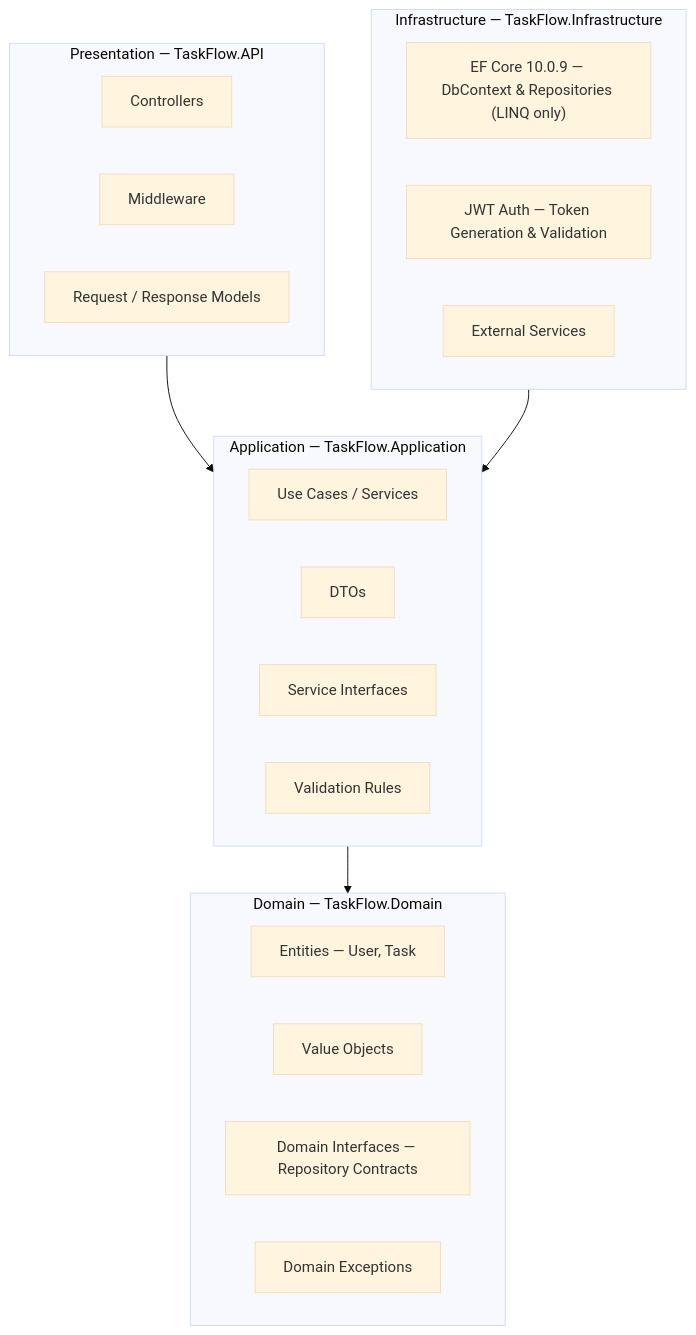
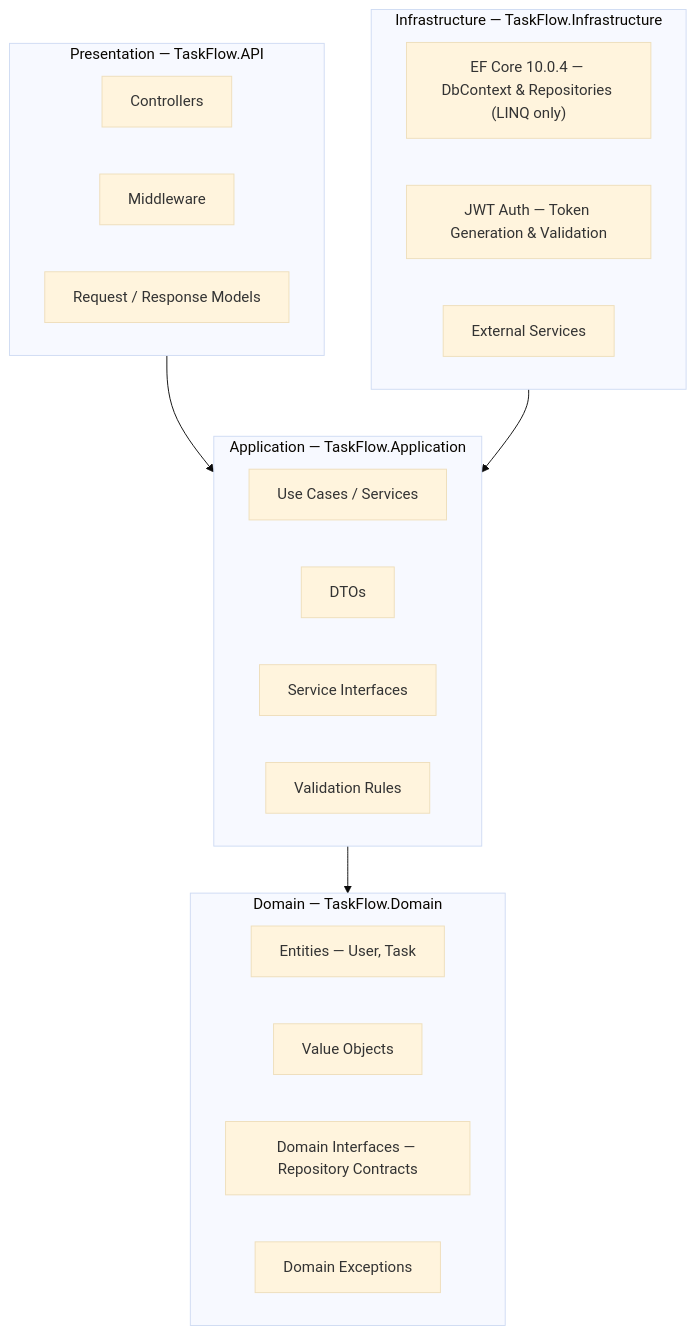
The first of 6 diagrams in docs/architecture/clean-architecture.md (virgenherrera/Ballast-Lane-code_challenge), drawn with Mermaid (base theme) before and after one commit. The commit also changed 55 other files, not shown here.

````diff
--- a/docs/architecture/clean-architecture.md
+++ b/docs/architecture/clean-architecture.md
@@ -24,33 +24,33 @@
 ```mermaid
 %% Clean Architecture layers — TaskFlow
 flowchart TD
     subgraph Presentation["Presentation — TaskFlow.API"]
         P1[Controllers]
         P2[Middleware]
         P3["Request / Response Models"]
     end
 
     subgraph Infrastructure["Infrastructure — TaskFlow.Infrastructure"]
-        I1["EF Core 10.0.9 — DbContext & Repositories (LINQ only)"]
+        I1["EF Core 10.0.4 — DbContext & Repositories (LINQ only)"]
         I2["JWT Auth — Token Generation & Validation"]
         I3["External Services"]
     end
 
     subgraph Application["Application — TaskFlow.Application"]
         A1["Use Cases / Services"]
         A2["DTOs"]
         A3["Service Interfaces"]
         A4["Validation Rules"]
     end
 
     subgraph Domain["Domain — TaskFlow.Domain"]
         D1["Entities — User, Task"]
         D2["Value Objects"]
         D3["Domain Interfaces — Repository Contracts"]
         D4["Domain Exceptions"]
     end
 
     Presentation --> Application
     Infrastructure --> Application
     Application --> Domain
 ```
````
